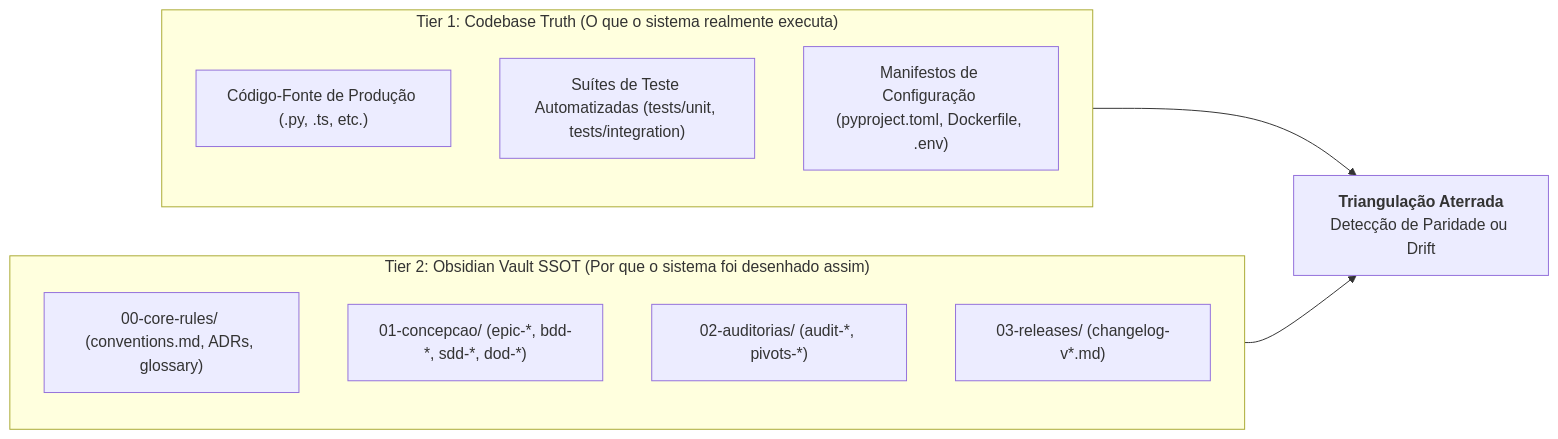
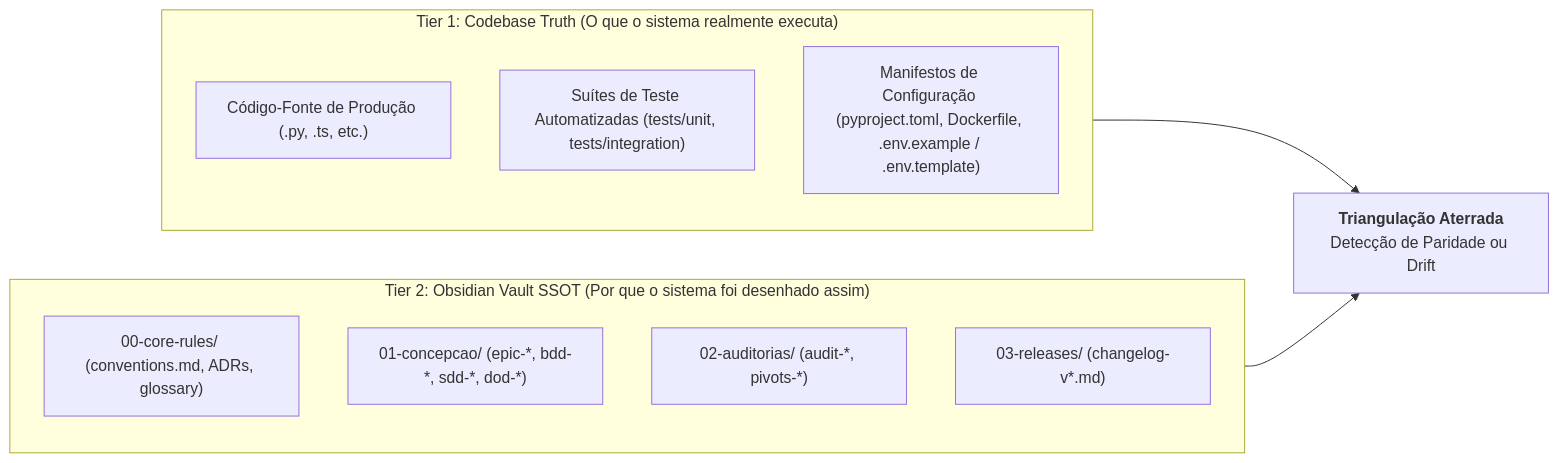
One commit to MarcosVeniciu/antigravity-agentic-skills changed the second of 2 diagrams in doc/skills/ask/README.md. Above: the diagram before and after it, drawn with Mermaid. The commit also changed other lines of this file and 71 other files, not shown here.

````diff
--- a/doc/skills/ask/README.md
+++ b/doc/skills/ask/README.md
@@ -54,21 +54,21 @@
 ```mermaid
 flowchart LR
     subgraph Tier1["Tier 1: Codebase Truth (O que o sistema realmente executa)"]
         direction TB
         C1["Código-Fonte de Produção (.py, .ts, etc.)"]
         C2["Suítes de Teste Automatizadas (tests/unit, tests/integration)"]
-        C3["Manifestos de Configuração (pyproject.toml, Dockerfile, .env)"]
+        C3["Manifestos de Configuração (pyproject.toml, Dockerfile, .env.example / .env.template)"]
     end
 
     subgraph Tier2["Tier 2: Obsidian Vault SSOT (Por que o sistema foi desenhado assim)"]
         direction TB
         V1["00-core-rules/ (conventions.md, ADRs, glossary)"]
         V2["01-concepcao/ (epic-*, bdd-*, sdd-*, dod-*)"]
         V3["02-auditorias/ (audit-*, pivots-*)"]
         V4["03-releases/ (changelog-v*.md)"]
     end
 
     Triangulate["<b>Triangulação Aterrada</b><br/>Detecção de Paridade ou Drift"]
     Tier1 --> Triangulate
     Tier2 --> Triangulate
 ```
````
